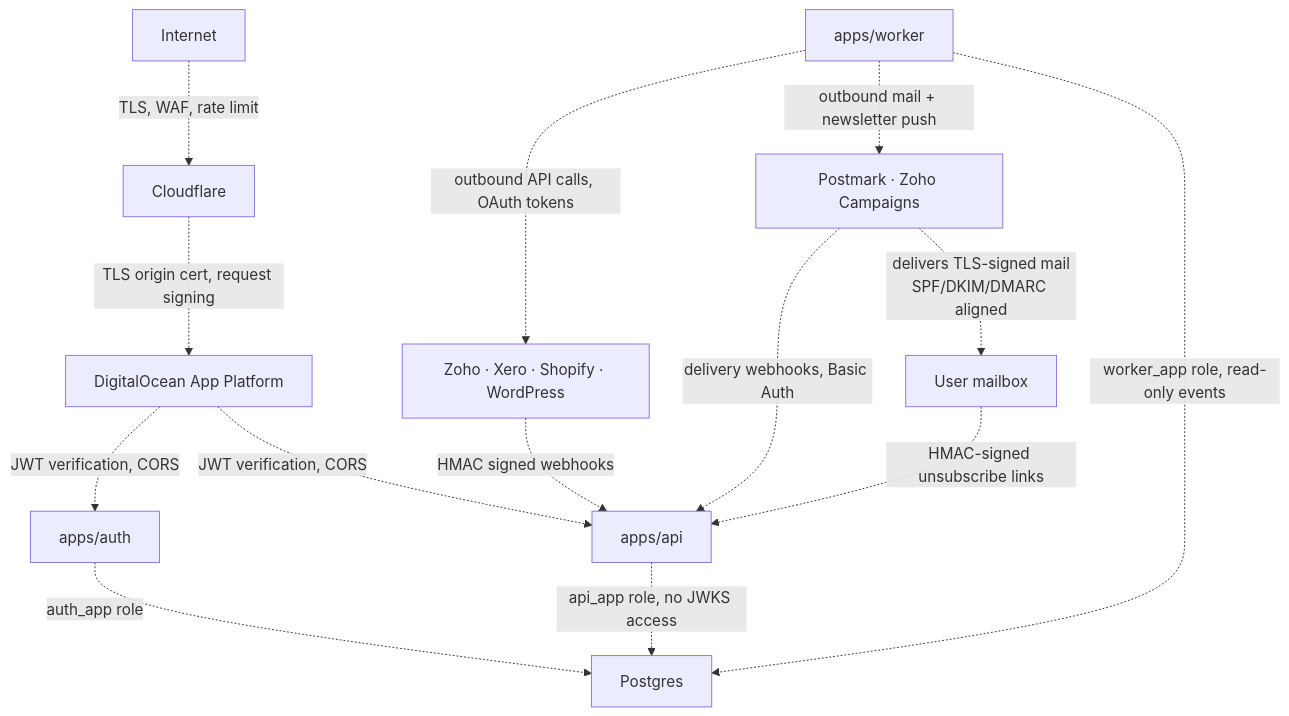
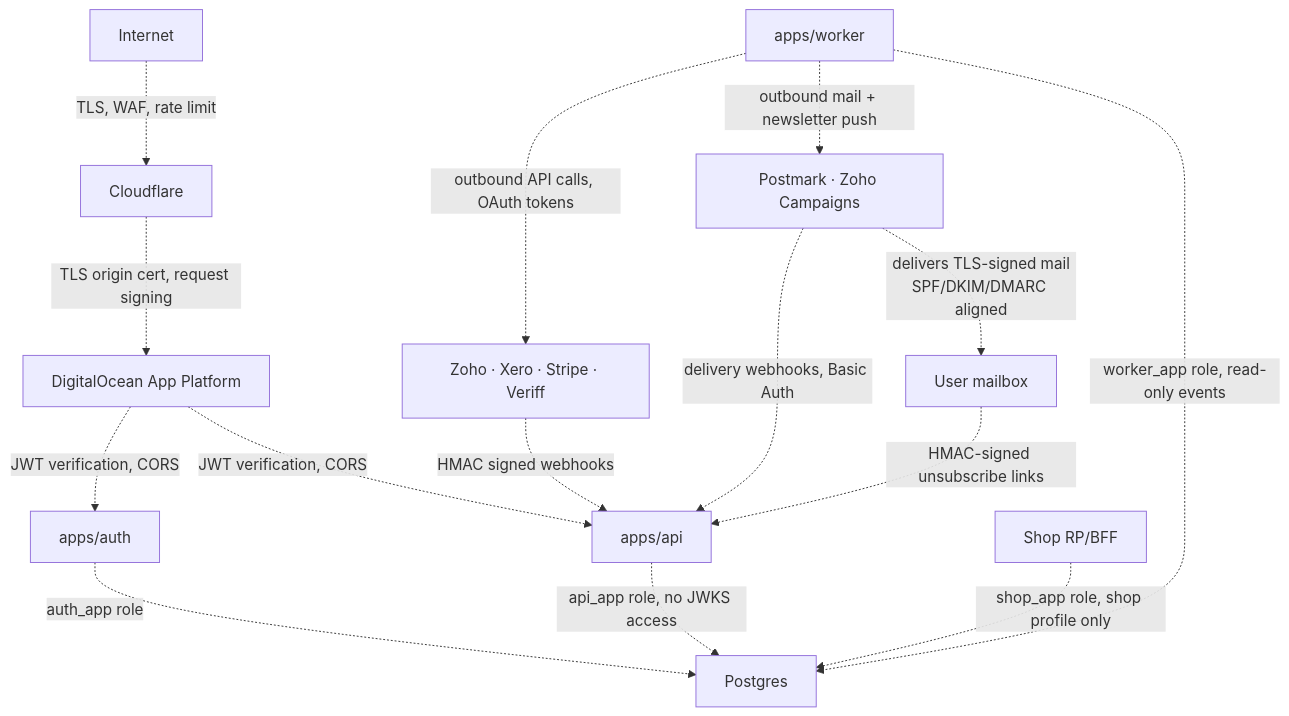
Before and after one commit to LAX-UK/monorepo: the diagram in docs/architecture/07-security-model.md, drawn with Mermaid. The commit also changed other lines of this file and 611 other files, not shown here.

````diff
--- a/docs/architecture/07-security-model.md
+++ b/docs/architecture/07-security-model.md
@@ -20,27 +27,29 @@
 ```mermaid
 flowchart TB
   Internet[Internet]
   CF[Cloudflare]
   DO[DigitalOcean App Platform]
   Auth[apps/auth]
   Api[apps/api]
+  Shop[Shop RP/BFF]
   Worker[apps/worker]
   PG[Postgres]
-  External[Zoho · Xero · Shopify · WordPress]
+  External[Zoho · Xero · Stripe · Veriff]
   Postmark[Postmark · Zoho Campaigns]
   Recipient[User mailbox]
 
   Internet -.->|TLS, WAF, rate limit| CF
   CF -.->|TLS origin cert, request signing| DO
   DO -.->|JWT verification, CORS| Auth
   DO -.->|JWT verification, CORS| Api
   Auth -.->|auth_app role| PG
   Api -.->|api_app role, no JWKS access| PG
+  Shop -.->|shop_app role, shop profile only| PG
   Worker -.->|worker_app role, read-only events| PG
   External -.->|HMAC signed webhooks| Api
   Postmark -.->|delivery webhooks, Basic Auth| Api
   Worker -.->|outbound API calls, OAuth tokens| External
   Worker -.->|outbound mail + newsletter push| Postmark
   Postmark -.->|delivers TLS-signed mail<br/>SPF/DKIM/DMARC aligned| Recipient
   Recipient -.->|HMAC-signed unsubscribe links| Api
 ```
````
